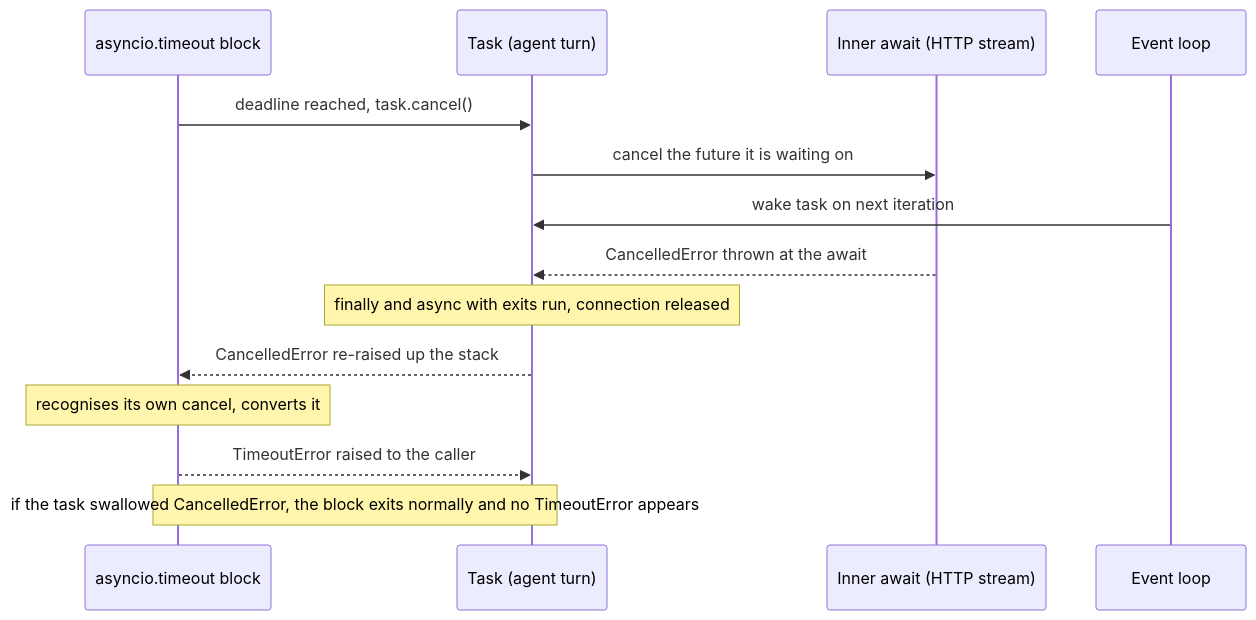
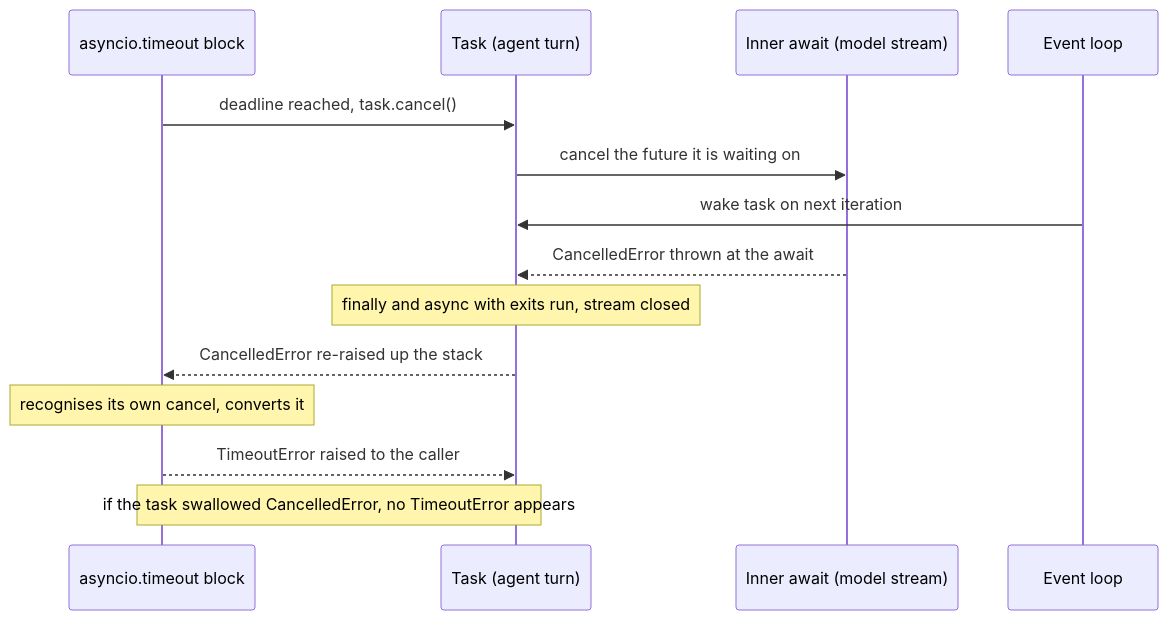
The diagram in content/python-for-ai/async-cancellation-and-exception-propagation.md (lovishmahajan97/agentic-learning), drawn with Mermaid before and after one commit. The commit also changed other lines of this file and 266 other files, not shown here.

````diff
--- a/content/python-for-ai/async-cancellation-and-exception-propagation.md
+++ b/content/python-for-ai/async-cancellation-and-exception-propagation.md
@@ -118,16 +137,16 @@
 ```mermaid
 sequenceDiagram
     participant TO as asyncio.timeout block
     participant T as Task (agent turn)
-    participant I as Inner await (HTTP stream)
+    participant I as Inner await (model stream)
     participant L as Event loop
     TO->>T: deadline reached, task.cancel()
     T->>I: cancel the future it is waiting on
     L->>T: wake task on next iteration
     I-->>T: CancelledError thrown at the await
-    Note over T: finally and async with exits run, connection released
+    Note over T: finally and async with exits run, stream closed
     T-->>TO: CancelledError re-raised up the stack
     Note over TO: recognises its own cancel, converts it
     TO-->>T: TimeoutError raised to the caller
-    Note over T,TO: if the task swallowed CancelledError, the block exits normally and no TimeoutError appears
+    Note over T,TO: if the task swallowed CancelledError, no TimeoutError appears
 ```
````
